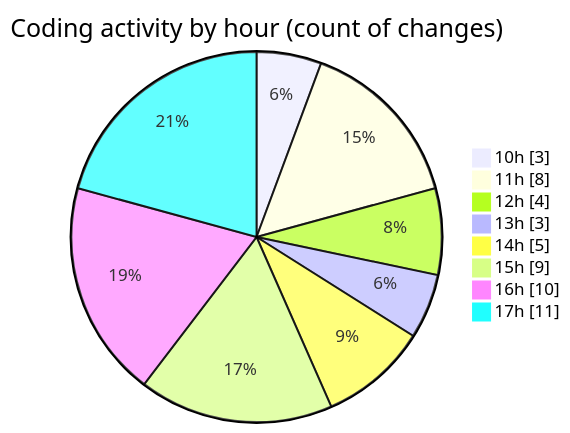
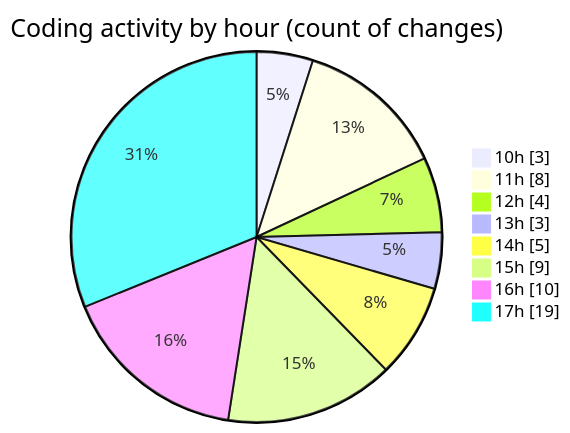
The second of 2 diagrams in 2025-11-07/nxtqube_webapp/README.md (nxtqubesakshisongat/code-tracking), drawn with Mermaid before and after one commit. The commit also changed other lines of this file and 1 other file, not shown here.

````diff
--- a/2025-11-07/nxtqube_webapp/README.md
+++ b/2025-11-07/nxtqube_webapp/README.md
@@ -36,12 +36,12 @@
 ```mermaid
 pie showData
 title Coding activity by hour (count of changes)
 "10h" : 3
 "11h" : 8
 "12h" : 4
 "13h" : 3
 "14h" : 5
 "15h" : 9
 "16h" : 10
-"17h" : 11
+"17h" : 19
 ```
````
